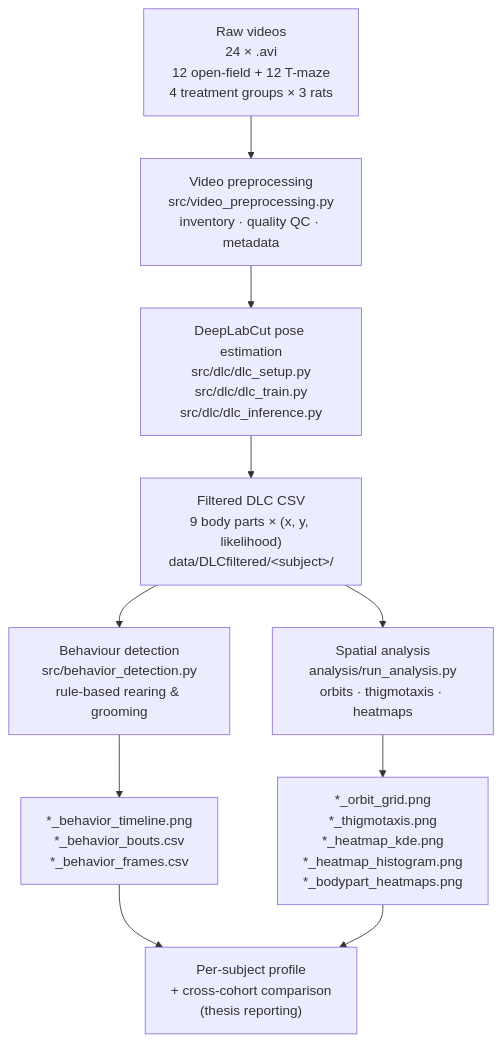
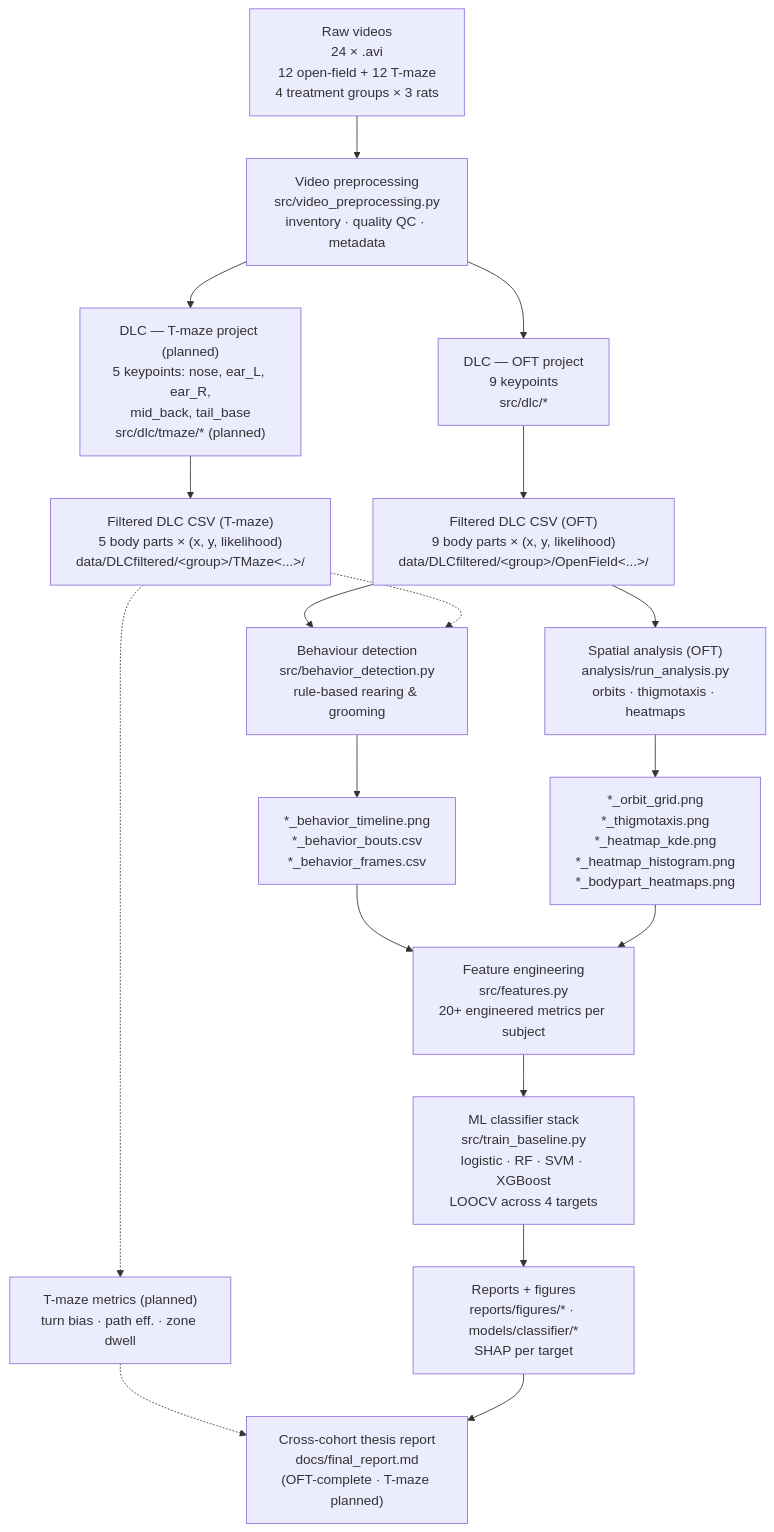
One commit to Kaankzlyar/RatBehaviorAnalyze changed the first of 3 diagrams in README.md. Above: the diagram before and after it, drawn with Mermaid. The commit also changed other lines of this file and 2 other files, not shown here.

First line of the commit message:
docs: T-maze keypoint plan + project status refresh

````diff
--- a/README.md
+++ b/README.md
@@ -52,15 +66,23 @@
 ```mermaid
 flowchart TD
     V["Raw videos<br/>24 × .avi<br/>12 open-field + 12 T-maze<br/>4 treatment groups × 3 rats"] --> P["Video preprocessing<br/>src/video_preprocessing.py<br/>inventory · quality QC · metadata"]
-    P --> D["DeepLabCut pose estimation<br/>src/dlc/dlc_setup.py<br/>src/dlc/dlc_train.py<br/>src/dlc/dlc_inference.py"]
-    D --> C["Filtered DLC CSV<br/>9 body parts × (x, y, likelihood)<br/>data/DLCfiltered/&lt;subject&gt;/"]
+    P --> D1["DLC — OFT project<br/>9 keypoints<br/>src/dlc/*"]
+    P --> D2["DLC — T-maze project (planned)<br/>5 keypoints: nose, ear_L, ear_R,<br/>mid_back, tail_base<br/>src/dlc/tmaze/* (planned)"]
+    D1 --> C1["Filtered DLC CSV (OFT)<br/>9 body parts × (x, y, likelihood)<br/>data/DLCfiltered/&lt;group&gt;/OpenField&lt;...&gt;/"]
+    D2 --> C2["Filtered DLC CSV (T-maze)<br/>5 body parts × (x, y, likelihood)<br/>data/DLCfiltered/&lt;group&gt;/TMaze&lt;...&gt;/"]
 
-    C --> B["Behaviour detection<br/>src/behavior_detection.py<br/>rule-based rearing &amp; grooming"]
-    C --> S["Spatial analysis<br/>analysis/run_analysis.py<br/>orbits · thigmotaxis · heatmaps"]
+    C1 --> B["Behaviour detection<br/>src/behavior_detection.py<br/>rule-based rearing &amp; grooming"]
+    C1 --> S["Spatial analysis (OFT)<br/>analysis/run_analysis.py<br/>orbits · thigmotaxis · heatmaps"]
+    C2 -.-> B
+    C2 -.-> ST["T-maze metrics (planned)<br/>turn bias · path eff. · zone dwell"]
 
     B --> O1["*_behavior_timeline.png<br/>*_behavior_bouts.csv<br/>*_behavior_frames.csv"]
     S --> O2["*_orbit_grid.png<br/>*_thigmotaxis.png<br/>*_heatmap_kde.png<br/>*_heatmap_histogram.png<br/>*_bodypart_heatmaps.png"]
 
-    O1 --> R["Per-subject profile<br/>+ cross-cohort comparison<br/>(thesis reporting)"]
-    O2 --> R
+    O1 --> FE["Feature engineering<br/>src/features.py<br/>20+ engineered metrics per subject"]
+    O2 --> FE
+    FE --> ML["ML classifier stack<br/>src/train_baseline.py<br/>logistic · RF · SVM · XGBoost<br/>LOOCV across 4 targets"]
+    ML --> RP["Reports + figures<br/>reports/figures/* · models/classifier/*<br/>SHAP per target"]
+    ST -.-> R["Cross-cohort thesis report<br/>docs/final_report.md<br/>(OFT-complete · T-maze planned)"]
+    RP --> R
 ```
````
